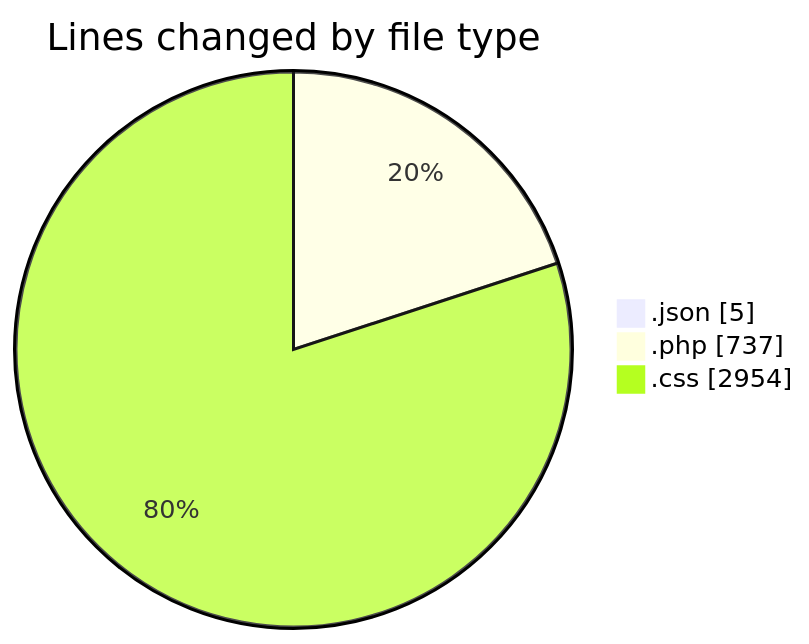
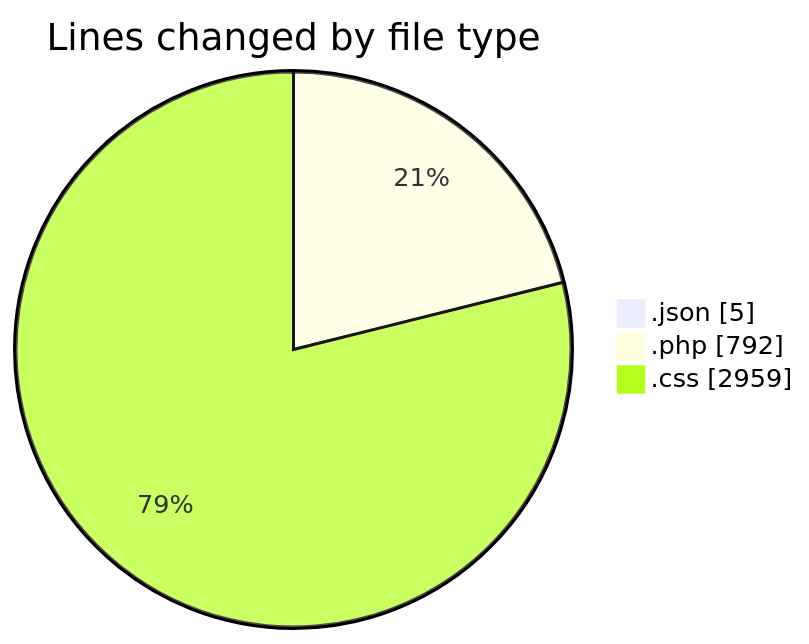
The first of 2 diagrams in 2026-07-01/wp-content/README.md (debugP/code-tracking), drawn with Mermaid before and after one commit. The commit also changed other lines of this file and 1 other file, not shown here.

````diff
--- a/2026-07-01/wp-content/README.md
+++ b/2026-07-01/wp-content/README.md
@@ -25,7 +26,7 @@
 ```mermaid
 pie showData
 title Lines changed by file type
 ".json" : 5
-".php" : 737
-".css" : 2954
+".php" : 792
+".css" : 2959
 ```
````
